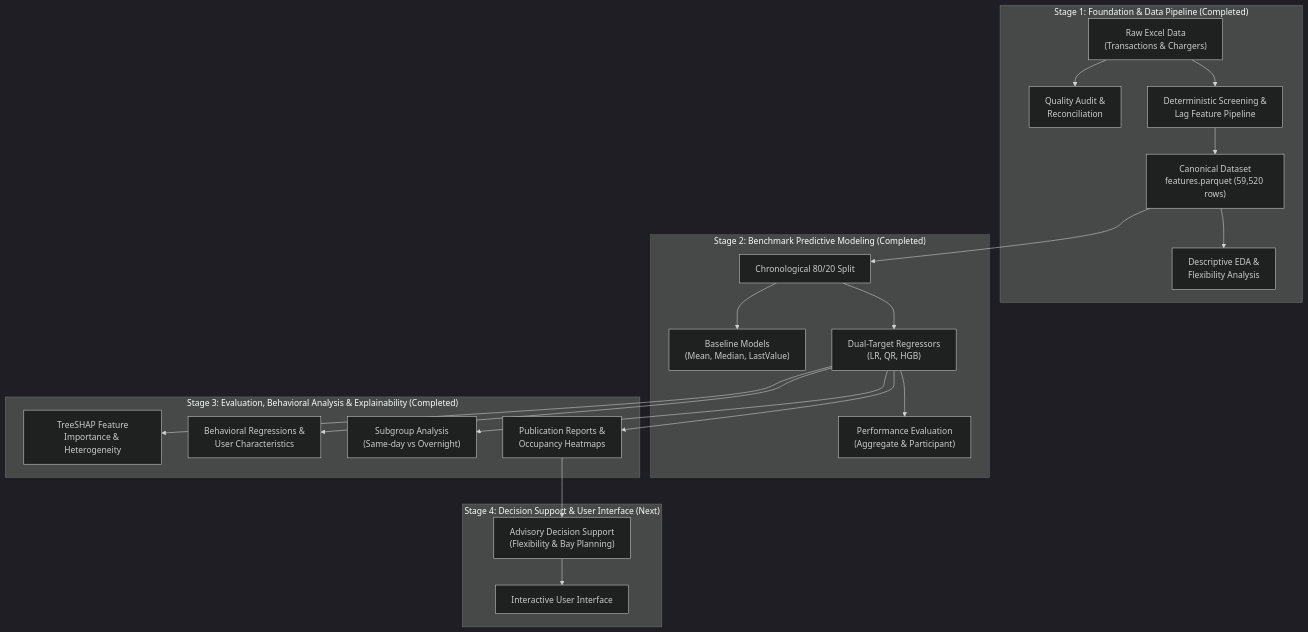
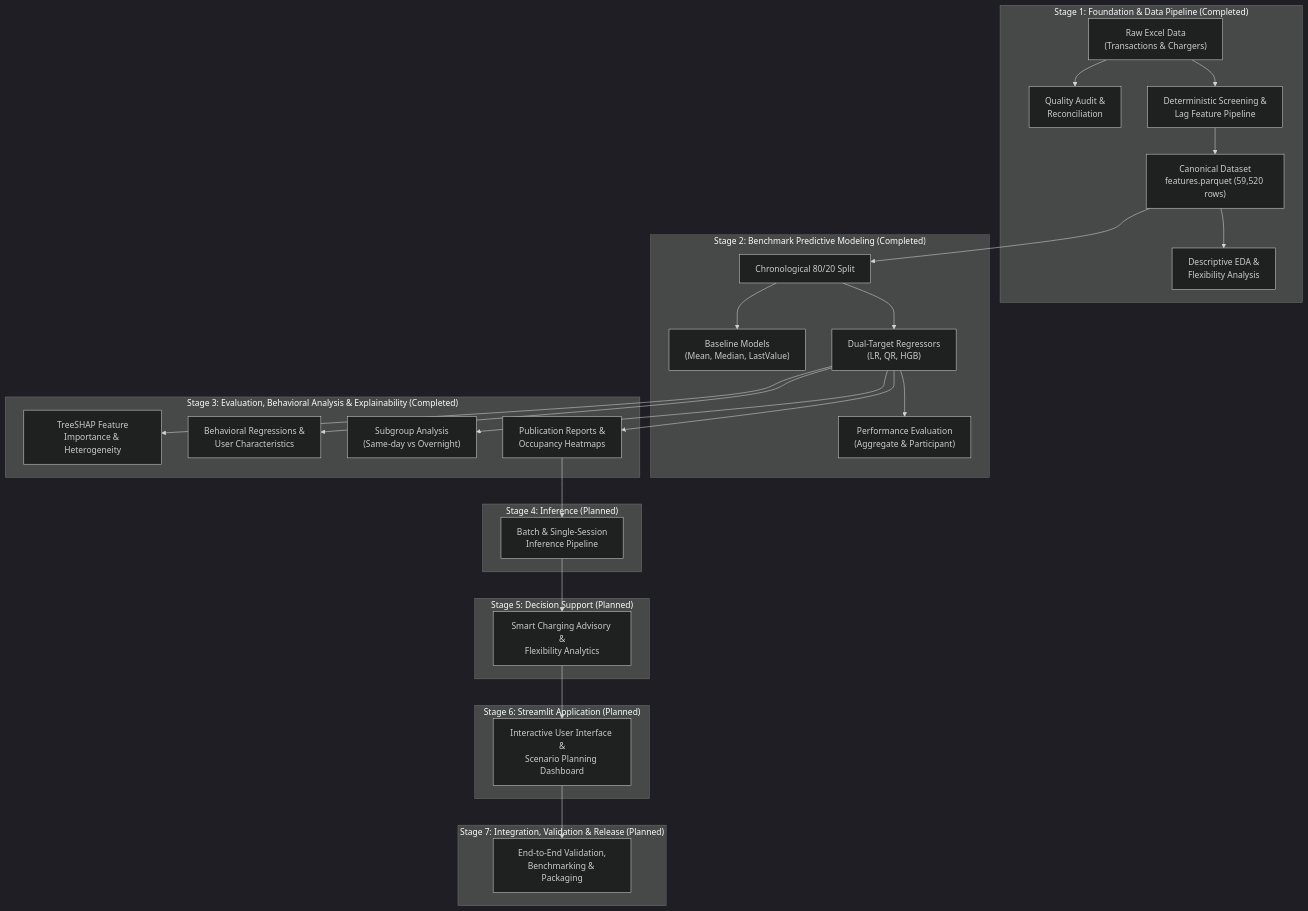
The diagram in docs/architecture/project_structure.md (nayanojwal0810/Tarang), drawn with Mermaid (dark theme) before and after one commit. The commit also changed other lines of this file and 13 other files, not shown here.

Commit message:
fix(evaluation): persist subgroup test predictions, correct reporting narratives and restore architecture roadmap

````diff
--- a/docs/architecture/project_structure.md
+++ b/docs/architecture/project_structure.md
@@ -224,28 +224,44 @@
 ```mermaid
 flowchart TD
     subgraph Stage1["Stage 1: Foundation & Data Pipeline (Completed)"]
         RawData["Raw Excel Data\n(Transactions & Chargers)"] --> Audit["Quality Audit &\nReconciliation"]
         RawData --> Screening["Deterministic Screening &\nLag Feature Pipeline"]
         Screening --> CanonicalParquet["Canonical Dataset\nfeatures.parquet (59,520 rows)"]
         CanonicalParquet --> EDA["Descriptive EDA &\nFlexibility Analysis"]
     end
 
     subgraph Stage2["Stage 2: Benchmark Predictive Modeling (Completed)"]
         CanonicalParquet --> Split["Chronological 80/20 Split"]
         Split --> Baselines["Baseline Models\n(Mean, Median, LastValue)"]
         Split --> Regressors["Dual-Target Regressors\n(LR, QR, HGB)"]
         Regressors --> Eval["Performance Evaluation\n(Aggregate & Participant)"]
     end
 
     subgraph Stage3["Stage 3: Evaluation, Behavioral Analysis & Explainability (Completed)"]
         Regressors --> SHAP["TreeSHAP Feature\nImportance & Heterogeneity"]
         Regressors --> Behavior["Behavioral Regressions &\nUser Characteristics"]
         Regressors --> Subgroups["Subgroup Analysis\n(Same-day vs Overnight)"]
         Regressors --> Reports["Publication Reports &\nOccupancy Heatmaps"]
     end
 
-    subgraph Stage4["Stage 4: Decision Support & User Interface (Next)"]
-        Reports --> DecisionSupport["Advisory Decision Support\n(Flexibility & Bay Planning)"]
-        DecisionSupport --> UserInterface["Interactive User Interface"]
+    subgraph Stage4["Stage 4: Inference (Planned)"]
+        InferenceEngine["Batch & Single-Session\nInference Pipeline"]
     end
+
+    subgraph Stage5["Stage 5: Decision Support (Planned)"]
+        DecisionSupport["Smart Charging Advisory &\nFlexibility Analytics"]
+    end
+
+    subgraph Stage6["Stage 6: Streamlit Application (Planned)"]
+        StreamlitApp["Interactive User Interface &\nScenario Planning Dashboard"]
+    end
+
+    subgraph Stage7["Stage 7: Integration, Validation & Release (Planned)"]
+        Release["End-to-End Validation,\nBenchmarking & Packaging"]
+    end
+
+    Reports --> InferenceEngine
+    InferenceEngine --> DecisionSupport
+    DecisionSupport --> StreamlitApp
+    StreamlitApp --> Release
 ```
````
